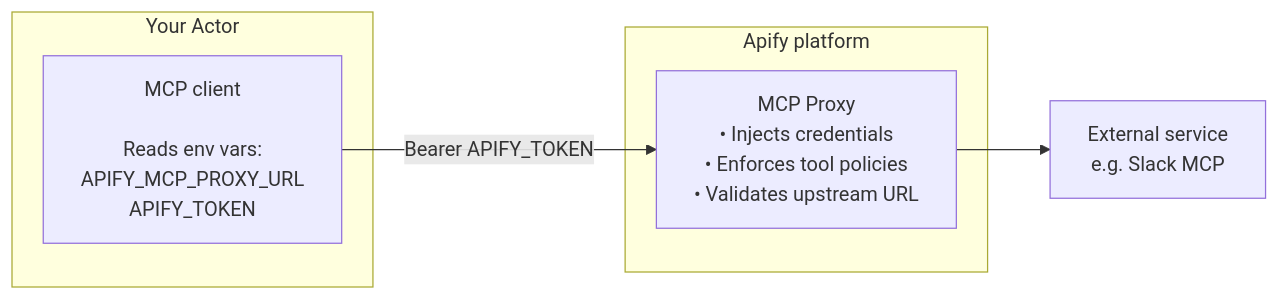
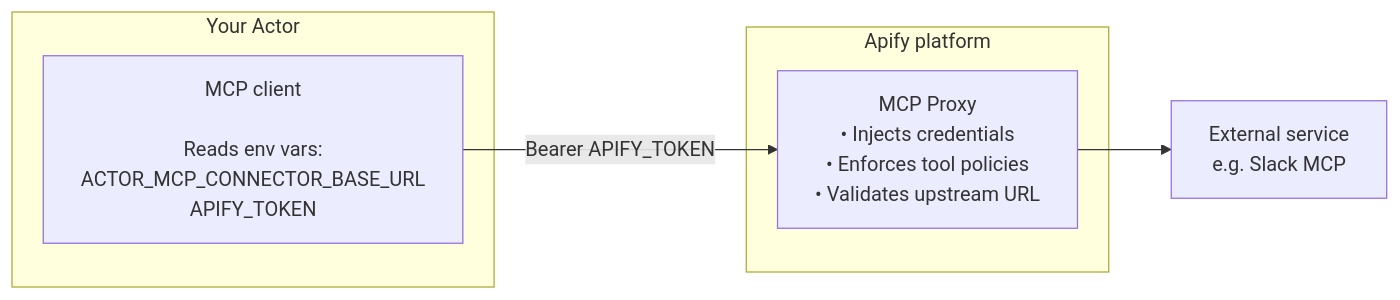
One commit to apify/apify-docs changed the diagram in sources/platform/integrations/ai/mcp-connectors/index.md. Above: the diagram before and after it, drawn with Mermaid. The commit also changed other lines of this file and 2 other files, not shown here.

Commit message:
docs: rename APIFY_MCP_PROXY_URL to ACTOR_MCP_CONNECTOR_BASE_URL (#2834)
The MCP connector base URL environment variable is being renamed on the
platform, so the docs need to match - otherwise anyone following the MCP
connectors guide reads a variable name that no longer resolves.

Since the reference tables in `environment_variables.md` are grouped by
name prefix, the variable also moves from the Apify platform (`APIFY_`)
table to the standard Actor (`ACTOR_`) table.

TODO: Release this once worker release is out.

---------

````diff
--- a/sources/platform/integrations/ai/mcp-connectors/index.md
+++ b/sources/platform/integrations/ai/mcp-connectors/index.md
@@ -16,15 +16,15 @@
 ```mermaid
 flowchart LR
     subgraph actor [Your Actor]
-        client["MCP client<br/><br/>Reads env vars:<br/>APIFY_MCP_PROXY_URL<br/>APIFY_TOKEN"]
+        client["MCP client<br/><br/>Reads env vars:<br/>ACTOR_MCP_CONNECTOR_BASE_URL<br/>APIFY_TOKEN"]
     end
 
     subgraph platform [Apify platform]
         proxy["MCP Proxy<br/>• Injects credentials<br/>• Enforces tool policies<br/>• Validates upstream URL"]
     end
 
     external["External service<br/>e.g. Slack MCP"]
 
     client -- "Bearer APIFY_TOKEN" --> proxy
     proxy --> external
 ```
````
